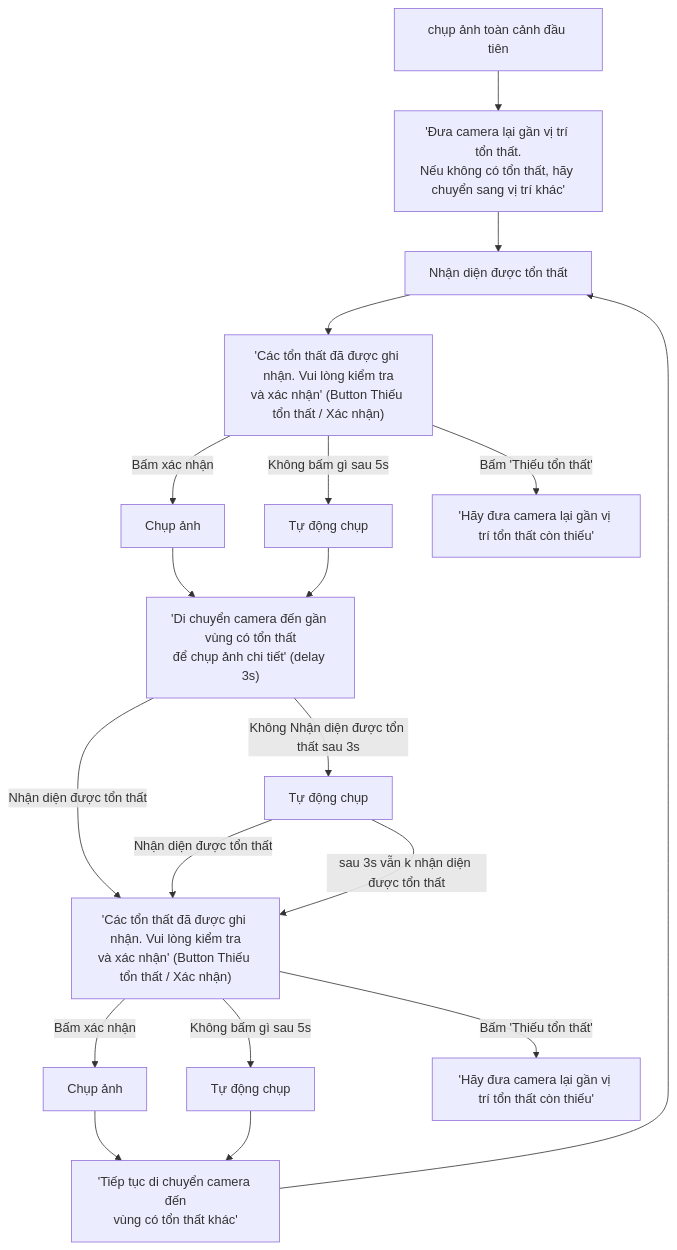
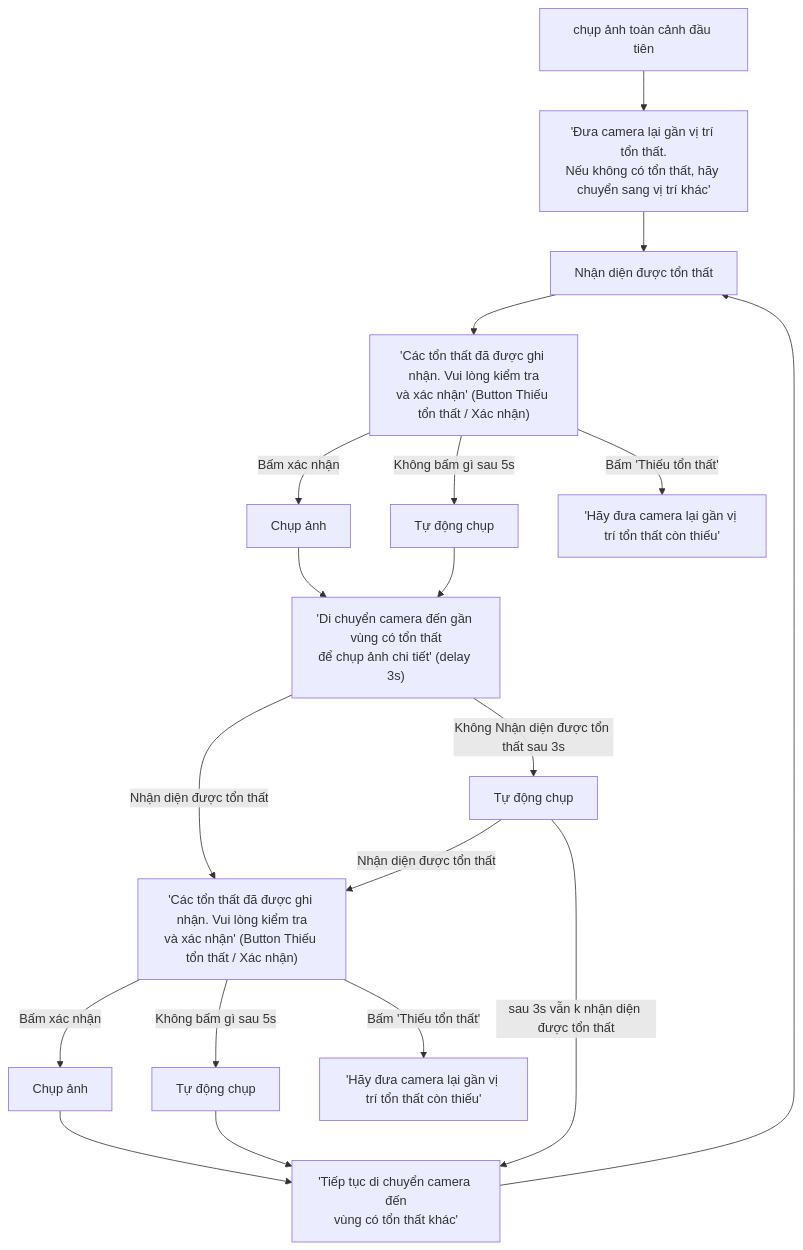
One commit to Aicycle-Insurance/aicycle_on_device changed the second of 9 diagrams in CAMERA_CONTROLLER.md. Above: the diagram before and after it, drawn with Mermaid. The commit also changed other lines of this file and 4 other files, not shown here.

Commit message:
feat: update inspection flow to include warning for no damage detected without auto angle change

````diff
--- a/CAMERA_CONTROLLER.md
+++ b/CAMERA_CONTROLLER.md
@@ -37,36 +37,36 @@
 ```mermaid
 flowchart TD
     A["chụp ảnh toàn cảnh đầu tiên"]
     B["'Đưa camera lại gần vị trí tổn thất.<br/>Nếu không có tổn thất, hãy chuyển sang vị trí khác'"]
     C["Nhận diện được tổn thất"]
     D["'Các tổn thất đã được ghi nhận. Vui lòng kiểm tra<br/>và xác nhận' (Button Thiếu tổn thất / Xác nhận)"]
     E["Chụp ảnh"]
     F["Tự động chụp"]
     G["'Hãy đưa camera lại gần vị trí tổn thất còn thiếu'"]
     H["'Di chuyển camera đến gần vùng có tổn thất<br/>để chụp ảnh chi tiết' (delay 3s)"]
     I["Tự động chụp"]
     J["'Các tổn thất đã được ghi nhận. Vui lòng kiểm tra<br/>và xác nhận' (Button Thiếu tổn thất / Xác nhận)"]
     K["Chụp ảnh"]
     L["Tự động chụp"]
     M["'Hãy đưa camera lại gần vị trí tổn thất còn thiếu'"]
     N["'Tiếp tục di chuyển camera đến<br/>vùng có tổn thất khác'"]
 
     A --> B
     B --> C
     C --> D
     D -->|"Bấm xác nhận"| E
     D -->|"Không bấm gì sau 5s"| F
     D -->|"Bấm 'Thiếu tổn thất'"| G
     E --> H
     F --> H
     H -->|"Nhận diện được tổn thất"| J
     H -->|"Không Nhận diện được tổn thất sau 3s"| I
     I -->|"Nhận diện được tổn thất"| J
-    I -->|"sau 3s vẫn k nhận diện được tổn thất"| J
+    I -->|"sau 3s vẫn k nhận diện được tổn thất"| N
     J -->|"Bấm xác nhận"| K
     J -->|"Không bấm gì sau 5s"| L
     J -->|"Bấm 'Thiếu tổn thất'"| M
     K --> N
     L --> N
     N --> C
 ```
````
